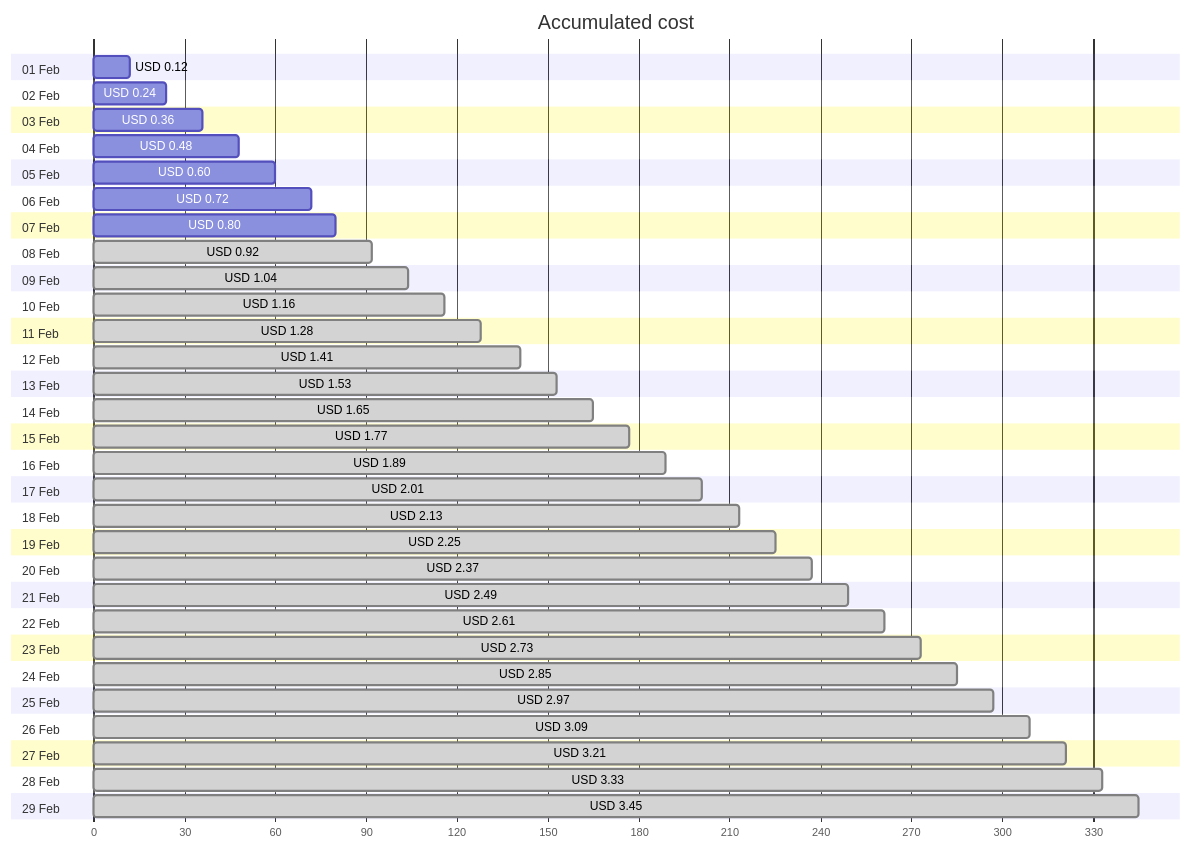
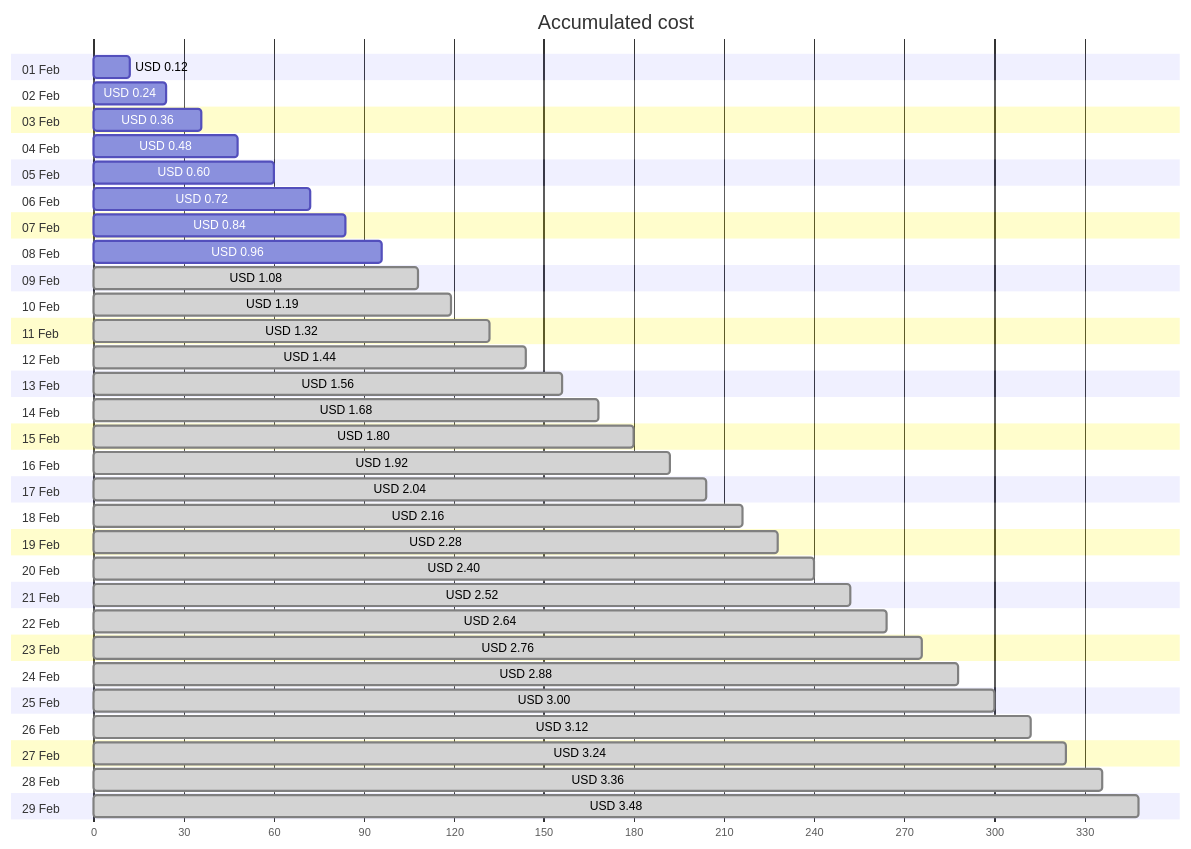
One commit to jpfulton/azure-personal-reports changed the first of 4 diagrams in cost-reports/personal-network/backup-server-public-ip.md. Above: the diagram before and after it, drawn with Mermaid. The commit also changed other lines of this file and 8 other files, not shown here.

````diff
--- a/cost-reports/personal-network/backup-server-public-ip.md
+++ b/cost-reports/personal-network/backup-server-public-ip.md
@@ -20,64 +20,64 @@
 ```mermaid
 gantt
    title Accumulated cost
    dateFormat  X
    axisFormat %s
    section 01 Feb
    USD 0.12 :0, 12
    section 02 Feb
    USD 0.24 :0, 24
    section 03 Feb
    USD 0.36 :0, 36
    section 04 Feb
    USD 0.48 :0, 48
    section 05 Feb
    USD 0.60 :0, 60
    section 06 Feb
    USD 0.72 :0, 72
    section 07 Feb
-   USD 0.80 :0, 80
+   USD 0.84 :0, 84
    section 08 Feb
-   USD 0.92 : done, 0, 92
+   USD 0.96 :0, 96
    section 09 Feb
-   USD 1.04 : done, 0, 104
+   USD 1.08 : done, 0, 108
    section 10 Feb
-   USD 1.16 : done, 0, 116
+   USD 1.19 : done, 0, 119
    section 11 Feb
-   USD 1.28 : done, 0, 128
+   USD 1.32 : done, 0, 132
    section 12 Feb
-   USD 1.41 : done, 0, 141
+   USD 1.44 : done, 0, 144
    section 13 Feb
-   USD 1.53 : done, 0, 153
+   USD 1.56 : done, 0, 156
    section 14 Feb
-   USD 1.65 : done, 0, 165
+   USD 1.68 : done, 0, 168
    section 15 Feb
-   USD 1.77 : done, 0, 177
+   USD 1.80 : done, 0, 180
    section 16 Feb
-   USD 1.89 : done, 0, 189
+   USD 1.92 : done, 0, 192
    section 17 Feb
-   USD 2.01 : done, 0, 201
+   USD 2.04 : done, 0, 204
    section 18 Feb
-   USD 2.13 : done, 0, 213
+   USD 2.16 : done, 0, 216
    section 19 Feb
-   USD 2.25 : done, 0, 225
+   USD 2.28 : done, 0, 228
    section 20 Feb
-   USD 2.37 : done, 0, 237
+   USD 2.40 : done, 0, 240
    section 21 Feb
-   USD 2.49 : done, 0, 249
+   USD 2.52 : done, 0, 252
    section 22 Feb
-   USD 2.61 : done, 0, 261
+   USD 2.64 : done, 0, 264
    section 23 Feb
-   USD 2.73 : done, 0, 273
+   USD 2.76 : done, 0, 276
    section 24 Feb
-   USD 2.85 : done, 0, 285
+   USD 2.88 : done, 0, 288
    section 25 Feb
-   USD 2.97 : done, 0, 297
+   USD 3.00 : done, 0, 300
    section 26 Feb
-   USD 3.09 : done, 0, 309
+   USD 3.12 : done, 0, 312
    section 27 Feb
-   USD 3.21 : done, 0, 321
+   USD 3.24 : done, 0, 324
    section 28 Feb
-   USD 3.33 : done, 0, 333
+   USD 3.36 : done, 0, 336
    section 29 Feb
-   USD 3.45 : done, 0, 345
+   USD 3.48 : done, 0, 348
 ```
````
